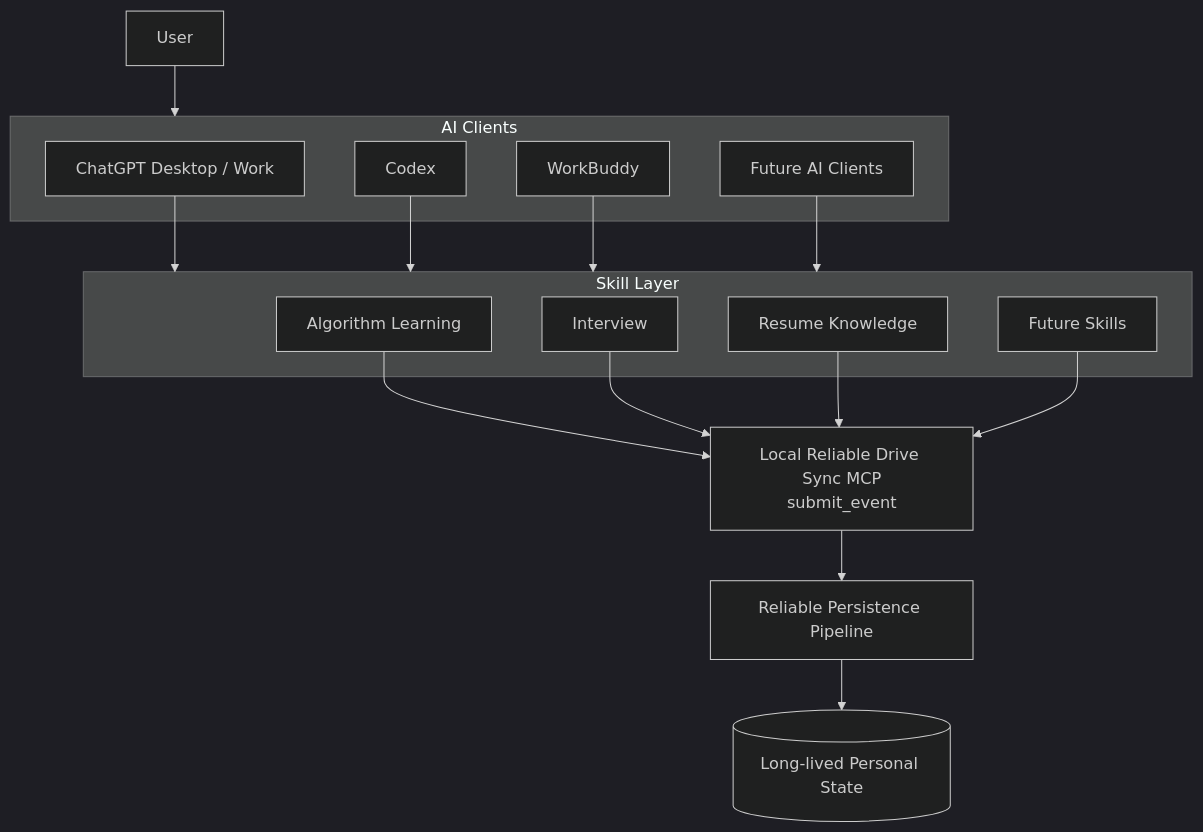
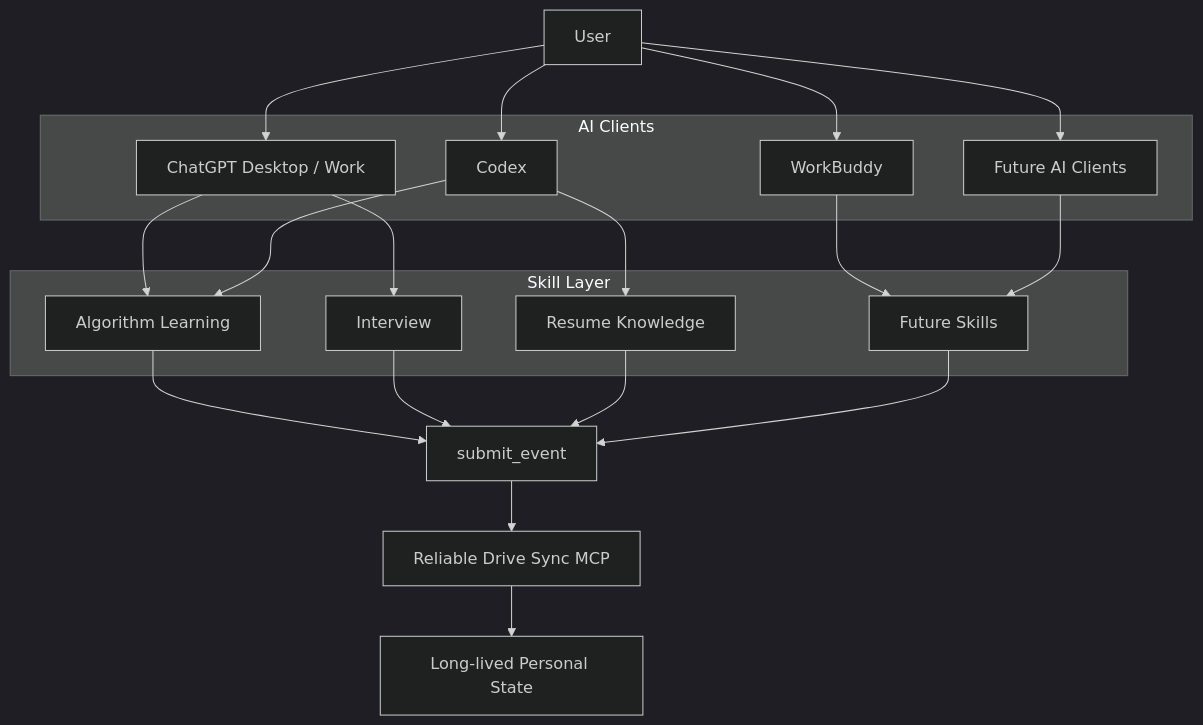
One commit to gitgotcha/my-chatgpt-mcp changed the first of 32 diagrams in README.md. Above: the diagram before and after it, drawn with Mermaid (dark theme). The commit also changed other lines of this file, not shown here.

````diff
--- a/README.md
+++ b/README.md
@@ -98,40 +179,43 @@
 ```mermaid
 flowchart TB
 
-    USER[User]
+    USER["User"]
 
-    subgraph CLIENTS[AI Clients]
-        CHATGPT[ChatGPT Desktop / Work]
-        CODEX[Codex]
-        WORKBUDDY[WorkBuddy]
-        FUTURE[Future AI Clients]
+    subgraph CLIENTS["AI Clients"]
+        CHATGPT["ChatGPT Desktop / Work"]
+        CODEX["Codex"]
+        WORKBUDDY["WorkBuddy"]
+        FUTURE["Future AI Clients"]
     end
 
-    subgraph SKILLS[Skill Layer]
-        ALG[Algorithm Learning]
-        INT[Interview]
-        RES[Resume Knowledge]
-        OTHER[Future Skills]
+    subgraph SKILLS["Skill Layer"]
+        ALG["Algorithm Learning"]
+        INT["Interview"]
+        RES["Resume Knowledge"]
+        OTHER["Future Skills"]
     end
 
-    MCP[Local Reliable Drive Sync MCP<br/>submit_event]
+    MCP["Reliable Drive Sync MCP"]
+    EVENT["submit_event"]
+    STATE["Long-lived Personal State"]
 
-    PIPE[Reliable Persistence Pipeline]
+    USER --> CHATGPT
+    USER --> CODEX
+    USER --> WORKBUDDY
+    USER --> FUTURE
 
-    STATE[(Long-lived Personal State)]
+    CHATGPT --> ALG
+    CHATGPT --> INT
+    CODEX --> ALG
+    CODEX --> RES
+    WORKBUDDY --> OTHER
+    FUTURE --> OTHER
 
-    USER --> CLIENTS
+    ALG --> EVENT
+    INT --> EVENT
+    RES --> EVENT
+    OTHER --> EVENT
 
-    CHATGPT --> SKILLS
-    CODEX --> SKILLS
-    WORKBUDDY --> SKILLS
-    FUTURE --> SKILLS
-
-    ALG --> MCP
-    INT --> MCP
-    RES --> MCP
-    OTHER --> MCP
-
-    MCP --> PIPE
-    PIPE --> STATE
+    EVENT --> MCP
+    MCP --> STATE
 ```
````
